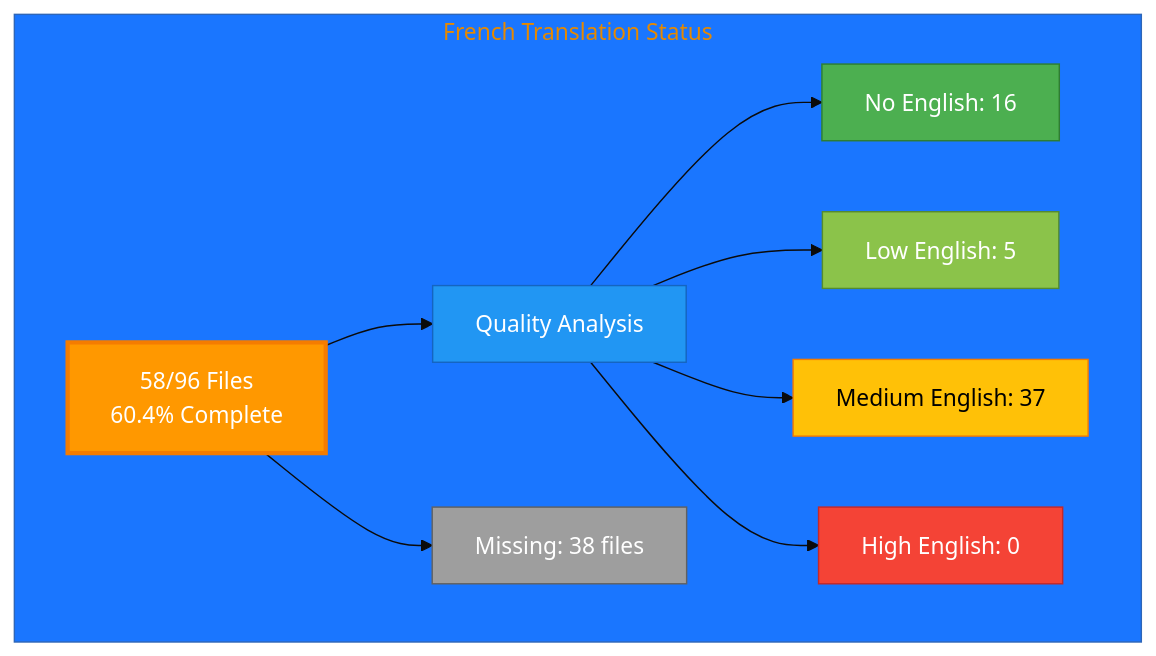
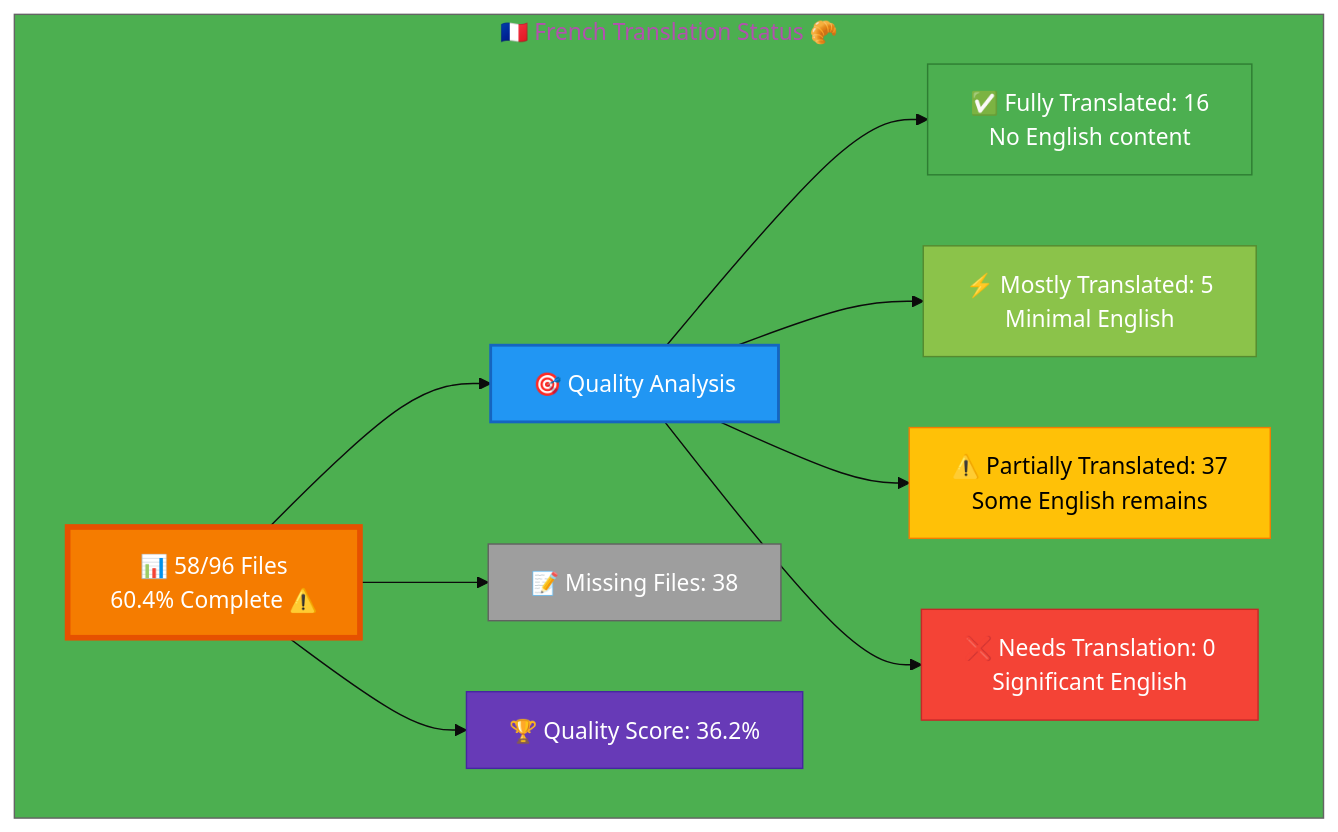
The diagram in French-Translation-Status.md (Hack23/homepage), drawn with Mermaid before and after one commit. The commit also changed other lines of this file and 26 other files, not shown here.

Commit message:
Complete validation & enhancement: icons, color-coded Mermaid diagrams, accuracy verified for all 26 files

````diff
--- a/French-Translation-Status.md
+++ b/French-Translation-Status.md
@@ -11,22 +12,26 @@
 ```mermaid
-%%{init: {'theme':'base', 'themeVariables': { 'primaryColor':'#FF9800'}}}%%
+%%{init: {'theme':'base', 'themeVariables': {'primaryColor':'#F57C00','secondaryColor':'#2196F3','tertiaryColor':'#4CAF50','fontSize':'16px'}}}%%
 graph TB
-    subgraph "French Translation Status"
-        A[58/96 Files<br/>60.4% Complete]
-        A --> B[Quality Analysis]
-        B --> C[No English: 16]
-        B --> D[Low English: 5]
-        B --> E[Medium English: 37]
-        B --> F[High English: 0]
+    subgraph "🇫🇷 French Translation Status 🥐"
+        A["📊 58/96 Files<br/>60.4% Complete ⚠️"]
         
-        A --> G[Missing: 38 files]
+        A --> B["🎯 Quality Analysis"]
+        B --> C["✅ Fully Translated: 16<br/>No English content"]
+        B --> D["⚡ Mostly Translated: 5<br/>Minimal English"]
+        B --> E["⚠️  Partially Translated: 37<br/>Some English remains"]
+        B --> F["❌ Needs Translation: 0<br/>Significant English"]
         
-        style A fill:#FF9800,stroke:#F57C00,color:#fff,stroke-width:3px
-        style B fill:#2196F3,stroke:#1565C0,color:#fff
+        A --> G["📝 Missing Files: 38"]
+        
+        A --> H["🏆 Quality Score: 36.2%"]
+        
+        style A fill:#F57C00,stroke:#E65100,color:#fff,stroke-width:4px
+        style B fill:#2196F3,stroke:#1565C0,color:#fff,stroke-width:2px
         style C fill:#4CAF50,stroke:#2E7D32,color:#fff
         style D fill:#8BC34A,stroke:#558B2F,color:#fff
         style E fill:#FFC107,stroke:#F57C00,color:#000
         style F fill:#F44336,stroke:#C62828,color:#fff
         style G fill:#9E9E9E,stroke:#616161,color:#fff
+        style H fill:#673AB7,stroke:#4527A0,color:#fff
     end
 ```
````
